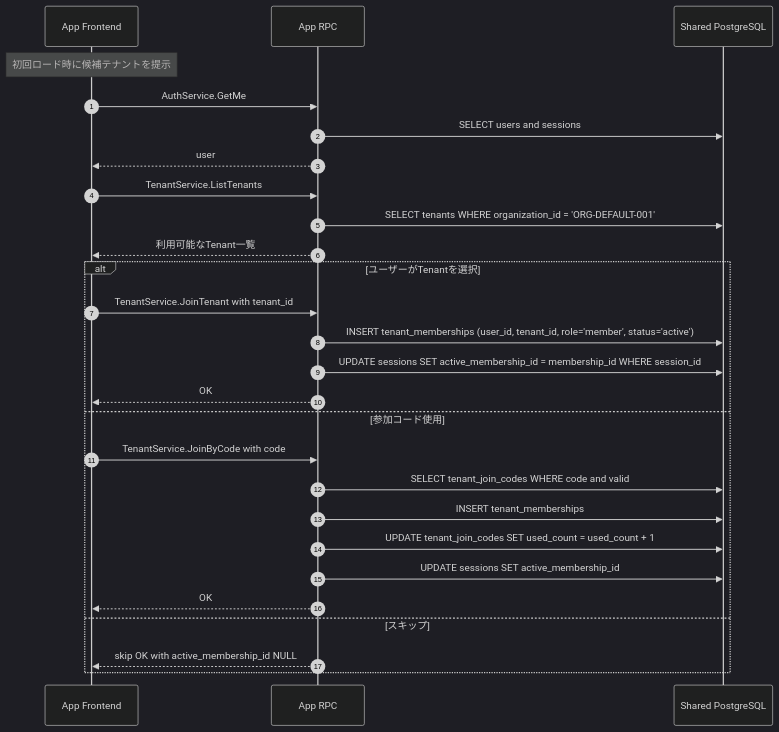
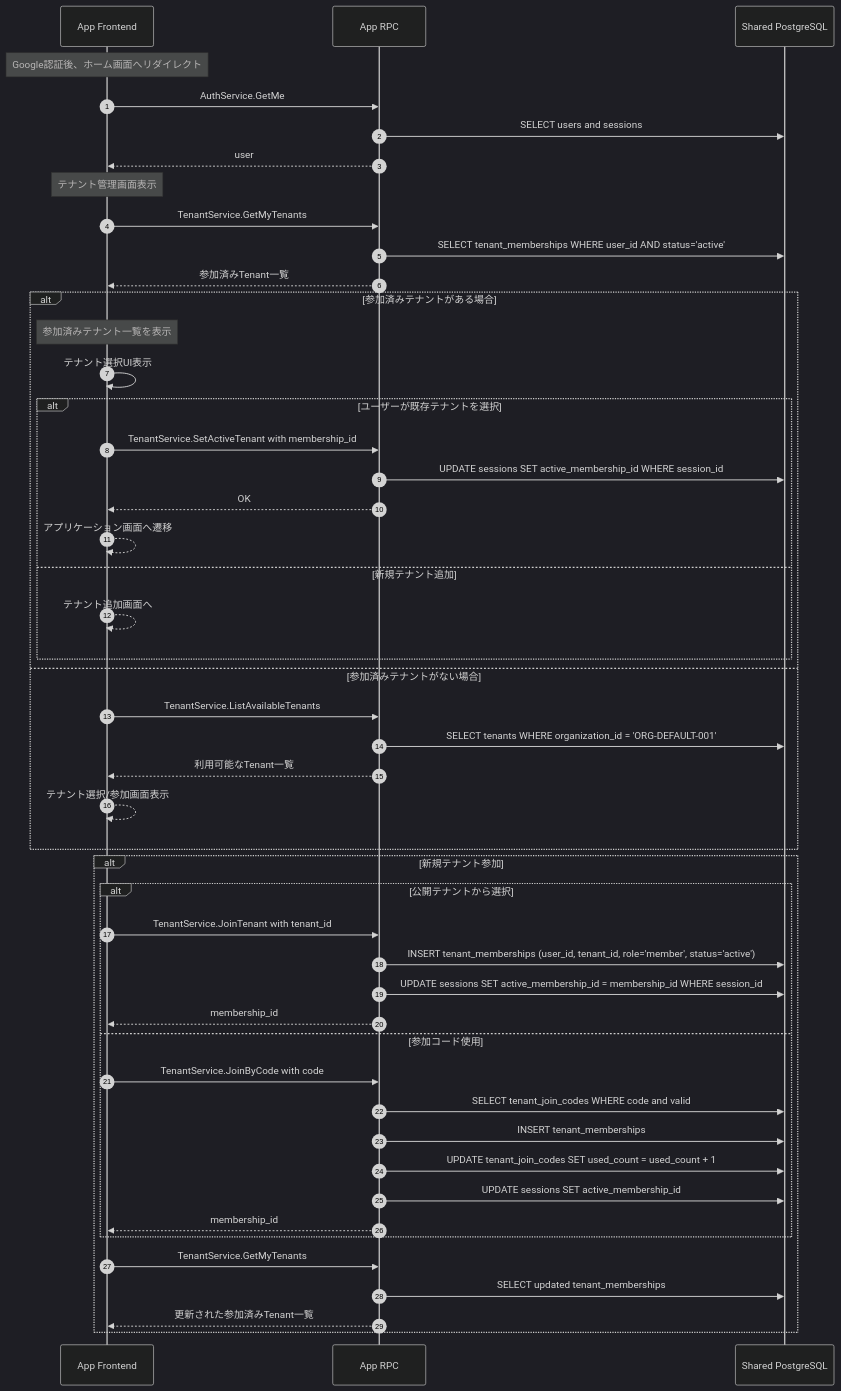
The third of 3 diagrams in docs/authentication/flows.md (shibayama-club/keyhub), drawn with Mermaid (dark theme) before and after one commit. The commit also changed other lines of this file, not shown here.

Commit message:
docs: 認証後の遷移画面先を変更したのでdocumentのシーケンス図を変更

````diff
--- a/docs/authentication/flows.md
+++ b/docs/authentication/flows.md
@@ -284,32 +327,57 @@
 ```mermaid
 sequenceDiagram
     autonumber
     participant AFE as App Frontend
     participant ARPC as App RPC
     participant DB as Shared PostgreSQL
 
-    Note over AFE: 初回ロード時に候補テナントを提示
+    Note over AFE: Google認証後、ホーム画面へリダイレクト
     AFE->>ARPC: AuthService.GetMe
     ARPC->>DB: SELECT users and sessions
     ARPC-->>AFE: user
 
-    AFE->>ARPC: TenantService.ListTenants
-    ARPC->>DB: SELECT tenants WHERE organization_id = 'ORG-DEFAULT-001'
-    ARPC-->>AFE: 利用可能なTenant一覧
+    Note over AFE: テナント管理画面表示
+    AFE->>ARPC: TenantService.GetMyTenants
+    ARPC->>DB: SELECT tenant_memberships WHERE user_id AND status='active'
+    ARPC-->>AFE: 参加済みTenant一覧
 
-    alt ユーザーがTenantを選択
-        AFE->>ARPC: TenantService.JoinTenant with tenant_id
-        ARPC->>DB: INSERT tenant_memberships (user_id, tenant_id, role='member', status='active')
-        ARPC->>DB: UPDATE sessions SET active_membership_id = membership_id WHERE session_id
-        ARPC-->>AFE: OK
-    else 参加コード使用
-        AFE->>ARPC: TenantService.JoinByCode with code
-        ARPC->>DB: SELECT tenant_join_codes WHERE code and valid
-        ARPC->>DB: INSERT tenant_memberships
-        ARPC->>DB: UPDATE tenant_join_codes SET used_count = used_count + 1
-        ARPC->>DB: UPDATE sessions SET active_membership_id
-        ARPC-->>AFE: OK
-    else スキップ
-        ARPC-->>AFE: skip OK with active_membership_id NULL
+    alt 参加済みテナントがある場合
+        Note over AFE: 参加済みテナント一覧を表示
+        AFE->>AFE: テナント選択UI表示
+
+        alt ユーザーが既存テナントを選択
+            AFE->>ARPC: TenantService.SetActiveTenant with membership_id
+            ARPC->>DB: UPDATE sessions SET active_membership_id WHERE session_id
+            ARPC-->>AFE: OK
+            AFE-->>AFE: アプリケーション画面へ遷移
+        else 新規テナント追加
+            AFE-->>AFE: テナント追加画面へ
+        end
+    else 参加済みテナントがない場合
+        AFE->>ARPC: TenantService.ListAvailableTenants
+        ARPC->>DB: SELECT tenants WHERE organization_id = 'ORG-DEFAULT-001'
+        ARPC-->>AFE: 利用可能なTenant一覧
+
+        AFE-->>AFE: テナント選択/参加画面表示
+    end
+
+    alt 新規テナント参加
+        alt 公開テナントから選択
+            AFE->>ARPC: TenantService.JoinTenant with tenant_id
+            ARPC->>DB: INSERT tenant_memberships (user_id, tenant_id, role='member', status='active')
+            ARPC->>DB: UPDATE sessions SET active_membership_id = membership_id WHERE session_id
+            ARPC-->>AFE: membership_id
+        else 参加コード使用
+            AFE->>ARPC: TenantService.JoinByCode with code
+            ARPC->>DB: SELECT tenant_join_codes WHERE code and valid
+            ARPC->>DB: INSERT tenant_memberships
+            ARPC->>DB: UPDATE tenant_join_codes SET used_count = used_count + 1
+            ARPC->>DB: UPDATE sessions SET active_membership_id
+            ARPC-->>AFE: membership_id
+        end
+
+        AFE->>ARPC: TenantService.GetMyTenants
+        ARPC->>DB: SELECT updated tenant_memberships
+        ARPC-->>AFE: 更新された参加済みTenant一覧
     end
 ```
````
